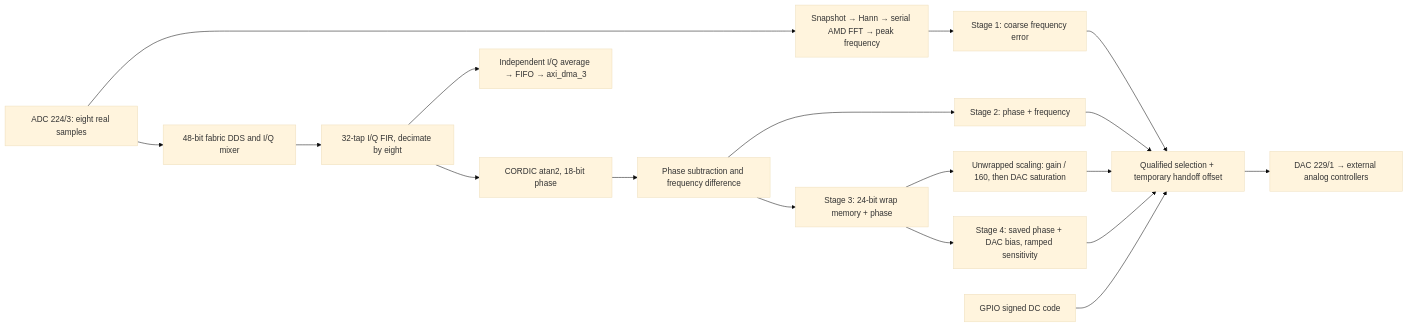
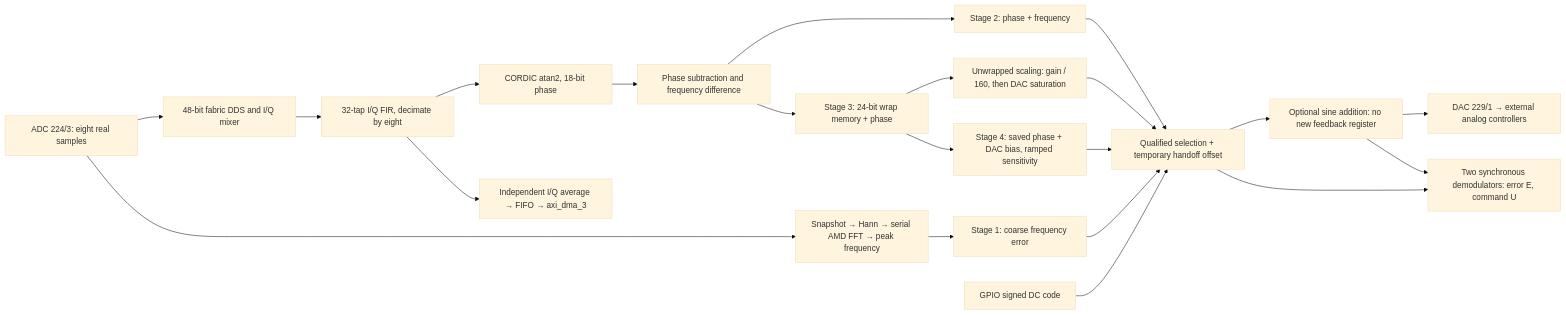
One commit to drkbldwn208/TransportPhaseLockFF changed the diagram in docs/laser_pll.md. Above: the diagram before and after it, drawn with Mermaid (base theme). The commit also changed other lines of this file and 79 other files, not shown here.

````diff
--- a/docs/laser_pll.md
+++ b/docs/laser_pll.md
@@ -92,20 +100,23 @@
 ```mermaid
 flowchart LR
     ADC["ADC 224/3: eight real samples"] --> MIX["48-bit fabric DDS and I/Q mixer"]
     MIX --> FIR["32-tap I/Q FIR, decimate by eight"]
     FIR --> CORDIC["CORDIC atan2, 18-bit phase"]
     CORDIC --> ERR["Phase subtraction and frequency difference"]
     ERR --> CAP["Stage 2: phase + frequency"]
     ERR --> UNWRAP["Stage 3: 24-bit wrap memory + phase"]
     UNWRAP --> SCALE["Unwrapped scaling: gain / 160, then DAC saturation"]
     UNWRAP --> TRACK["Stage 4: saved phase + DAC bias, ramped sensitivity"]
     FIR --> MON["Independent I/Q average → FIFO → axi_dma_3"]
     ADC --> FFT["Snapshot → Hann → serial AMD FFT → peak frequency"]
     FFT --> WIDE["Stage 1: coarse frequency error"]
     WIDE --> SELECT["Qualified selection + temporary handoff offset"]
     CAP --> SELECT
     SCALE --> SELECT
     TRACK --> SELECT
     DC["GPIO signed DC code"] --> SELECT
-    SELECT --> DAC["DAC 229/1 → external analog controllers"]
+    SELECT --> INJECT["Optional sine addition: no new feedback register"]
+    INJECT --> DAC["DAC 229/1 → external analog controllers"]
+    SELECT --> DEMOD["Two synchronous demodulators: error E, command U"]
+    INJECT --> DEMOD
 ```
````
